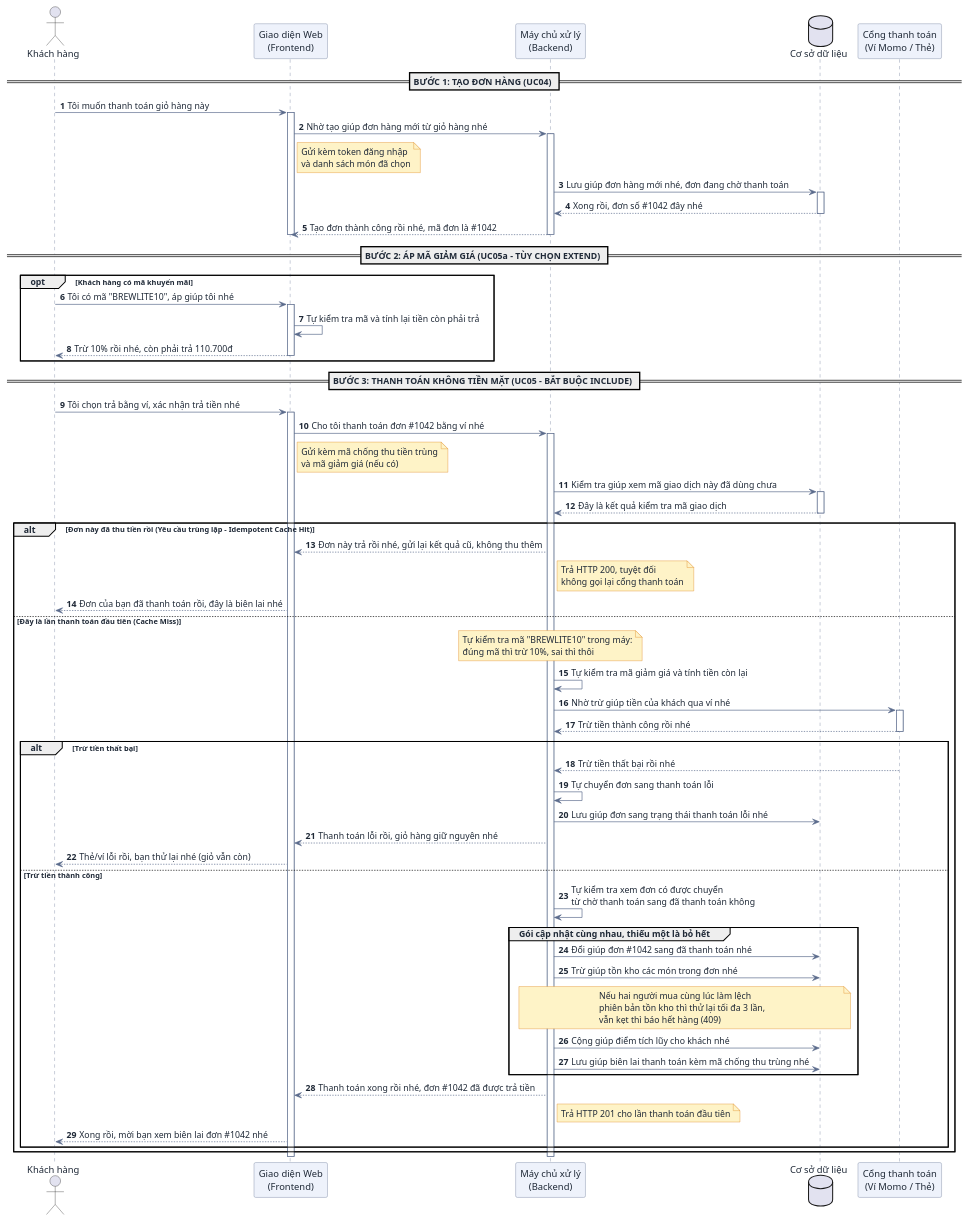
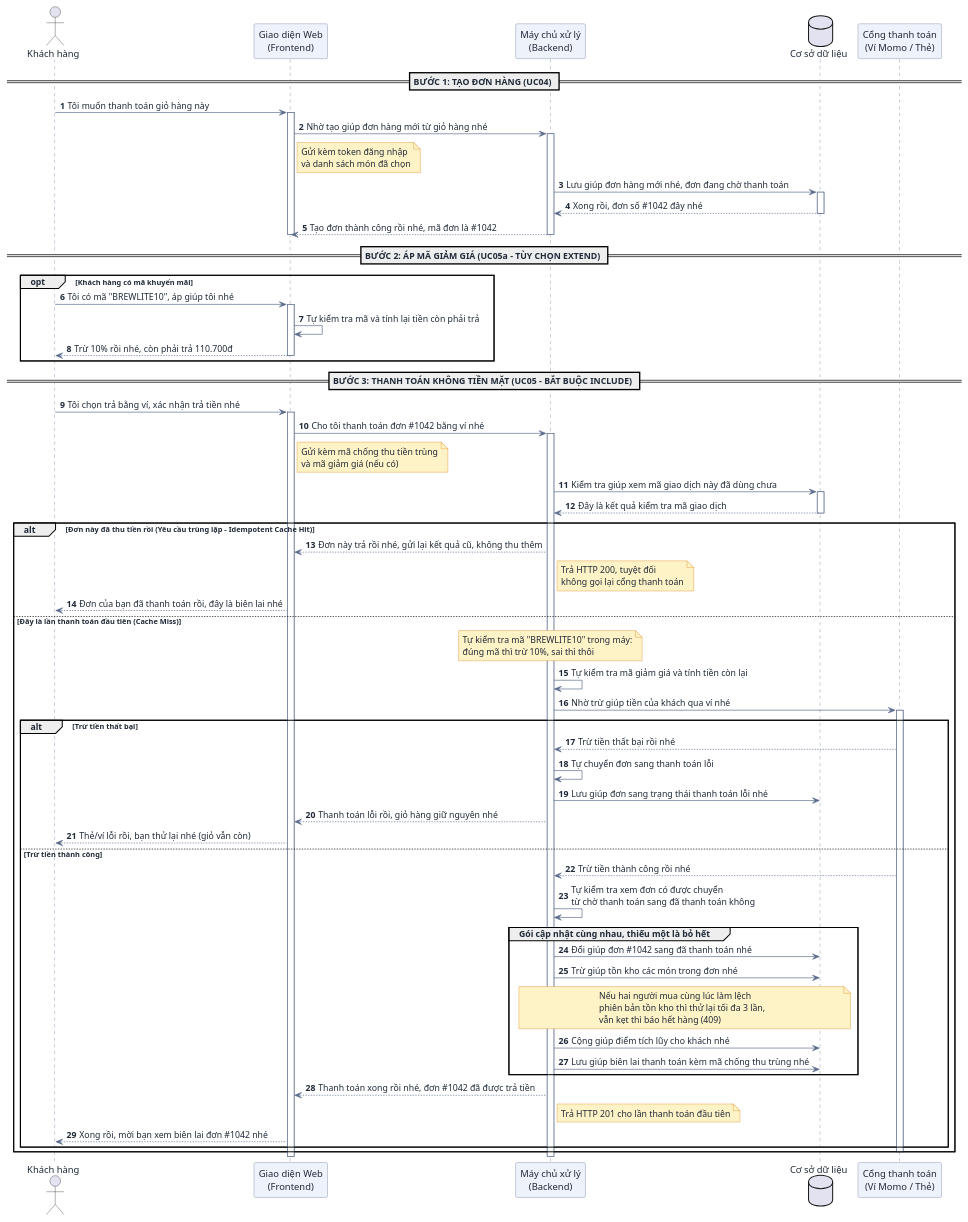
One commit to DuVinhLoi/BrewLite changed the fourth of 6 diagrams in docs/user-sequence-specifications.md. Above: the diagram before and after it, drawn with PlantUML.

Commit message:
docs: fix UC05 gateway alt ordering success-inside-else

```diff
--- a/docs/user-sequence-specifications.md
+++ b/docs/user-sequence-specifications.md
@@ -306,8 +306,6 @@
 
     BE -> Gateway : Nhờ trừ giúp tiền của khách qua ví nhé
     activate Gateway
-    Gateway --> BE : Trừ tiền thành công rồi nhé
-    deactivate Gateway
 
     alt Trừ tiền thất bại
         Gateway --> BE : Trừ tiền thất bại rồi nhé
@@ -316,6 +314,7 @@
         BE --> FE : Thanh toán lỗi rồi, giỏ hàng giữ nguyên nhé
         FE --> User : Thẻ/ví lỗi rồi, bạn thử lại nhé (giỏ vẫn còn)
     else Trừ tiền thành công
+        Gateway --> BE : Trừ tiền thành công rồi nhé
         BE -> BE : Tự kiểm tra xem đơn có được chuyển\ntừ chờ thanh toán sang đã thanh toán không
 
         group Gói cập nhật cùng nhau, thiếu một là bỏ hết
@@ -334,6 +333,7 @@
         note right of BE #fef3c7 : Trả HTTP 201 cho lần thanh toán đầu tiên
         FE --> User : Xong rồi, mời bạn xem biên lai đơn #1042 nhé
     end
+    deactivate Gateway
 end
 deactivate BE
 deactivate FE
```
